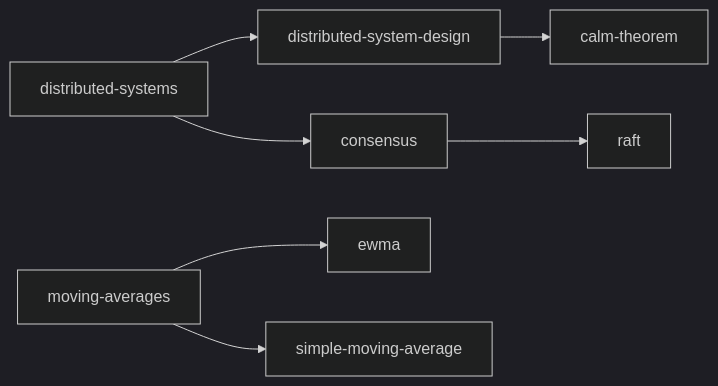
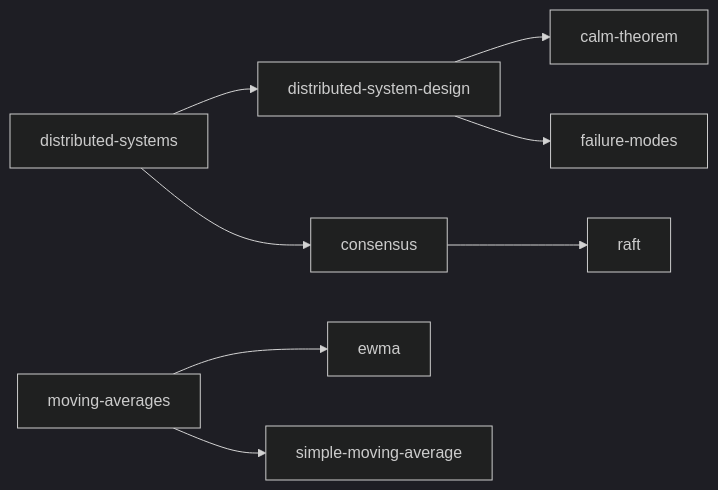
Before and after one commit to mengjiasun1992/sllmwiki-demo: the diagram in sllmwiki/.SLLMWIKI_INDICES.md, drawn with Mermaid (dark theme). The commit also changed other lines of this file and 12 other files, not shown here.

First line of the commit message:
Classic failure modes in large-scale distributed systems, and their mitigations (#23)

````diff
--- a/sllmwiki/.SLLMWIKI_INDICES.md
+++ b/sllmwiki/.SLLMWIKI_INDICES.md
@@ -7,25 +7,28 @@
 ```mermaid
 graph LR
     t0["distributed-systems"]
     t1["distributed-system-design"]
     t2["calm-theorem"]
-    t3["consensus"]
-    t4["raft"]
-    t5["moving-averages"]
-    t6["ewma"]
-    t7["simple-moving-average"]
+    t3["failure-modes"]
+    t4["consensus"]
+    t5["raft"]
+    t6["moving-averages"]
+    t7["ewma"]
+    t8["simple-moving-average"]
     t0 --> t1
     t1 --> t2
-    t0 --> t3
-    t3 --> t4
-    t5 --> t6
-    t5 --> t7
+    t1 --> t3
+    t0 --> t4
+    t4 --> t5
+    t6 --> t7
+    t6 --> t8
     click t0 "tags/distributed-systems.md"
     click t1 "tags/distributed-system-design.md"
     click t2 "tags/calm-theorem.md"
-    click t3 "tags/consensus.md"
-    click t4 "tags/raft.md"
-    click t5 "tags/moving-averages.md"
-    click t6 "tags/ewma.md"
-    click t7 "tags/simple-moving-average.md"
+    click t3 "tags/failure-modes.md"
+    click t4 "tags/consensus.md"
+    click t5 "tags/raft.md"
+    click t6 "tags/moving-averages.md"
+    click t7 "tags/ewma.md"
+    click t8 "tags/simple-moving-average.md"
 ```
````
